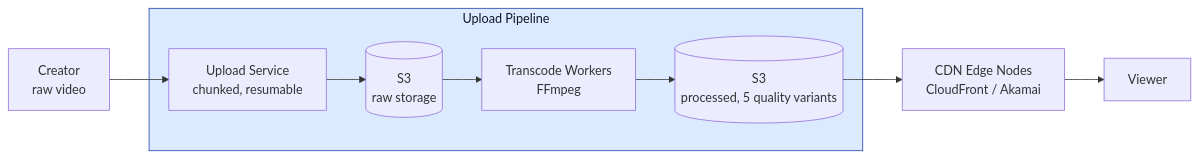
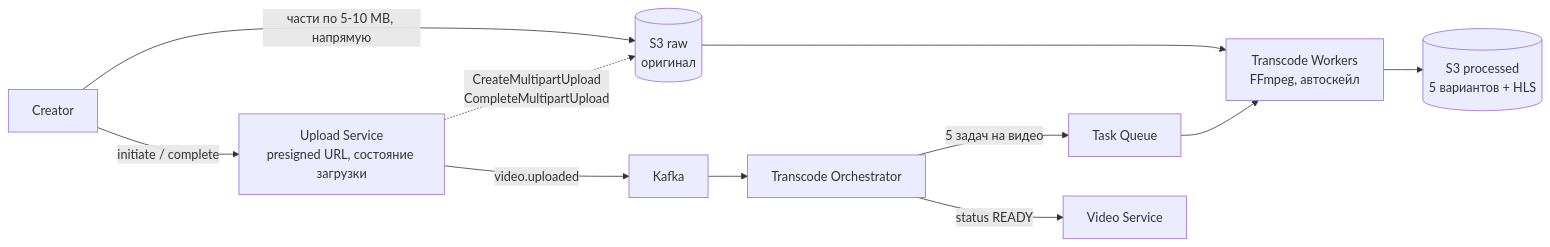
Before and after one commit to fev0ks/LearnGoLang: the second of 5 diagrams in docs/senior-golang-study/05-system-design/interview-cases/07-youtube-video-platform.md, drawn with Mermaid. The commit also changed other lines of this file, not shown here.

````diff
--- a/docs/senior-golang-study/05-system-design/interview-cases/07-youtube-video-platform.md
+++ b/docs/senior-golang-study/05-system-design/interview-cases/07-youtube-video-platform.md
@@ -124,24 +110,13 @@
 ```mermaid
 flowchart LR
-    Creator[Creator<br/>raw video]
-
-    subgraph Upload[Upload Pipeline]
-        UploadSvc[Upload Service<br/>chunked, resumable]
-        RawS3[(S3<br/>raw storage)]
-        Transcode[Transcode Workers<br/>FFmpeg]
-        ProcS3[(S3<br/>processed, 5 quality variants)]
-
-        UploadSvc --> RawS3
-        RawS3 --> Transcode
-        Transcode --> ProcS3
-    end
-
-    CDN[CDN Edge Nodes<br/>CloudFront / Akamai]
-    Viewer[Viewer]
-
-    Creator --> UploadSvc
-    ProcS3 --> CDN
-    CDN --> Viewer
-
-    style Upload fill:#dbeafe,stroke:#1e40af,color:#0f172a
+    Creator[Creator] -->|части по 5-10 MB, напрямую| Raw[(S3 raw<br/>оригинал)]
+    Creator -->|initiate / complete| Upload[Upload Service<br/>presigned URL, состояние загрузки]
+    Upload -.->|CreateMultipartUpload<br/>CompleteMultipartUpload| Raw
+    Upload -->|video.uploaded| Kafka[Kafka]
+    Kafka --> Orch[Transcode Orchestrator]
+    Orch -->|5 задач на видео| Queue[Task Queue]
+    Queue --> Workers[Transcode Workers<br/>FFmpeg, автоскейл]
+    Raw --> Workers
+    Workers --> Proc[(S3 processed<br/>5 вариантов + HLS)]
+    Orch -->|status READY| Video[Video Service]
 ```
````
